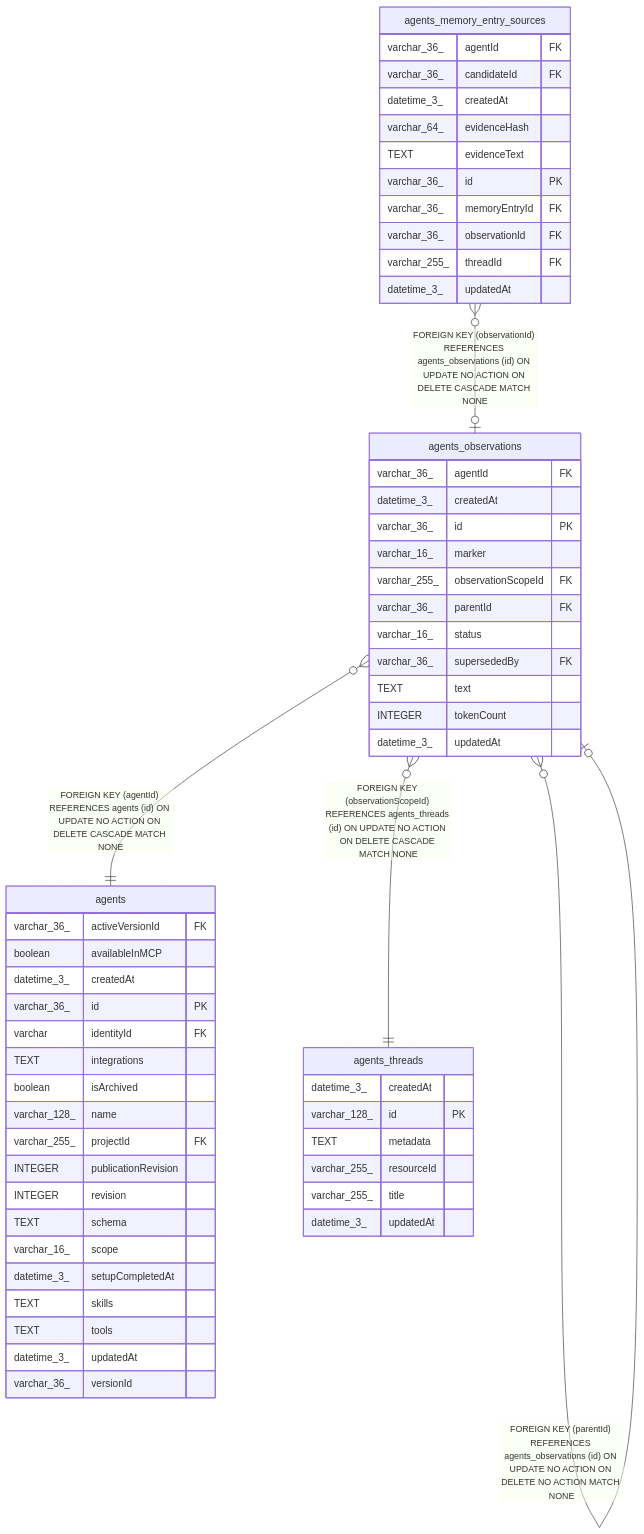
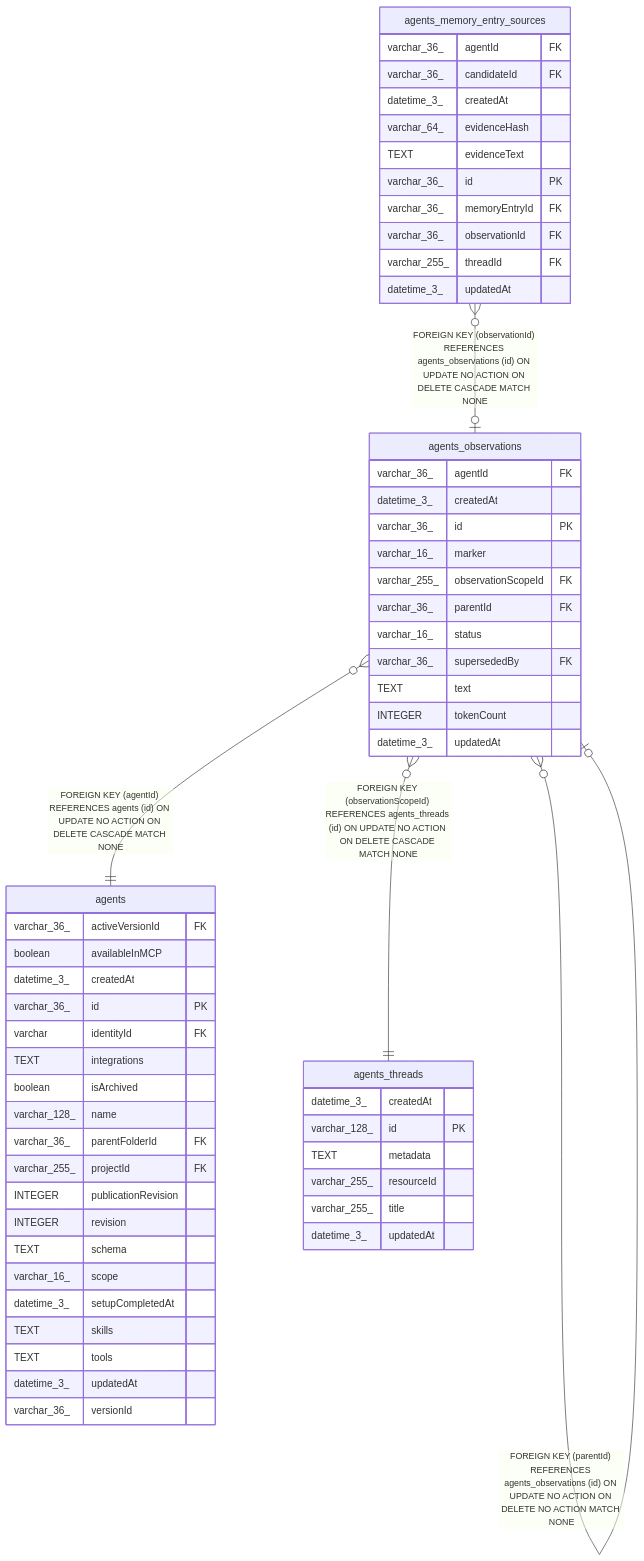
One commit to koreatest12/studys changed the diagram in n8n_integration/n8n_source/docs/generated/sqlite-schema/agents_observations.md. Above: the diagram before and after it, drawn with Mermaid. The commit also changed 3763 other files, not shown here.

````diff
--- a/n8n_integration/n8n_source/docs/generated/sqlite-schema/agents_observations.md
+++ b/n8n_integration/n8n_source/docs/generated/sqlite-schema/agents_observations.md
@@ -55,63 +55,64 @@
 ```mermaid
 erDiagram
 
 "agents_observations" }o--|| "agents" : "FOREIGN KEY (agentId) REFERENCES agents (id) ON UPDATE NO ACTION ON DELETE CASCADE MATCH NONE"
 "agents_memory_entry_sources" }o--o| "agents_observations" : "FOREIGN KEY (observationId) REFERENCES agents_observations (id) ON UPDATE NO ACTION ON DELETE CASCADE MATCH NONE"
 "agents_observations" }o--o| "agents_observations" : "FOREIGN KEY (supersededBy) REFERENCES agents_observations (id) ON UPDATE NO ACTION ON DELETE NO ACTION MATCH NONE"
 "agents_observations" }o--o| "agents_observations" : "FOREIGN KEY (parentId) REFERENCES agents_observations (id) ON UPDATE NO ACTION ON DELETE NO ACTION MATCH NONE"
 "agents_observations" }o--|| "agents_threads" : "FOREIGN KEY (observationScopeId) REFERENCES agents_threads (id) ON UPDATE NO ACTION ON DELETE CASCADE MATCH NONE"
 
 "agents_observations" {
   varchar_36_ agentId FK
   datetime_3_ createdAt
   varchar_36_ id PK
   varchar_16_ marker
   varchar_255_ observationScopeId FK
   varchar_36_ parentId FK
   varchar_16_ status
   varchar_36_ supersededBy FK
   TEXT text
   INTEGER tokenCount
   datetime_3_ updatedAt
 }
 "agents" {
   varchar_36_ activeVersionId FK
   boolean availableInMCP
   datetime_3_ createdAt
   varchar_36_ id PK
   varchar identityId FK
   TEXT integrations
   boolean isArchived
   varchar_128_ name
+  varchar_36_ parentFolderId FK
   varchar_255_ projectId FK
   INTEGER publicationRevision
   INTEGER revision
   TEXT schema
   varchar_16_ scope
   datetime_3_ setupCompletedAt
   TEXT skills
   TEXT tools
   datetime_3_ updatedAt
   varchar_36_ versionId
 }
 "agents_memory_entry_sources" {
   varchar_36_ agentId FK
   varchar_36_ candidateId FK
   datetime_3_ createdAt
   varchar_64_ evidenceHash
   TEXT evidenceText
   varchar_36_ id PK
   varchar_36_ memoryEntryId FK
   varchar_36_ observationId FK
   varchar_255_ threadId FK
   datetime_3_ updatedAt
 }
 "agents_threads" {
   datetime_3_ createdAt
   varchar_128_ id PK
   TEXT metadata
   varchar_255_ resourceId
   varchar_255_ title
   datetime_3_ updatedAt
 }
 ```
````
